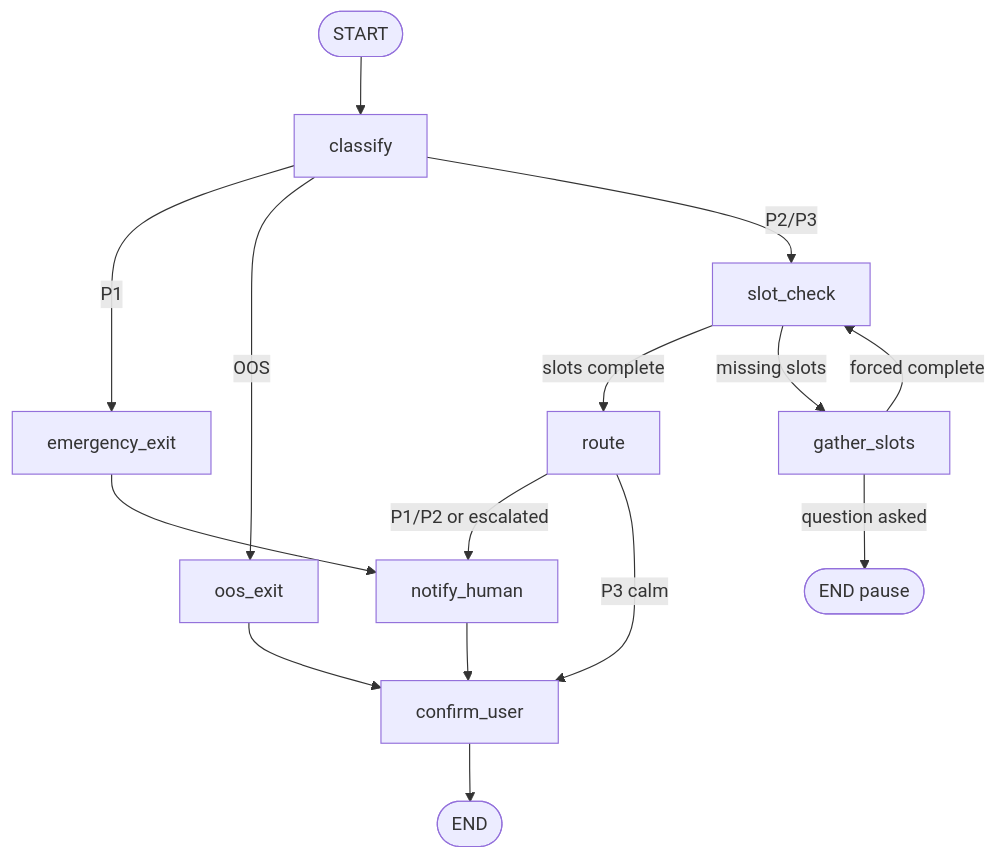
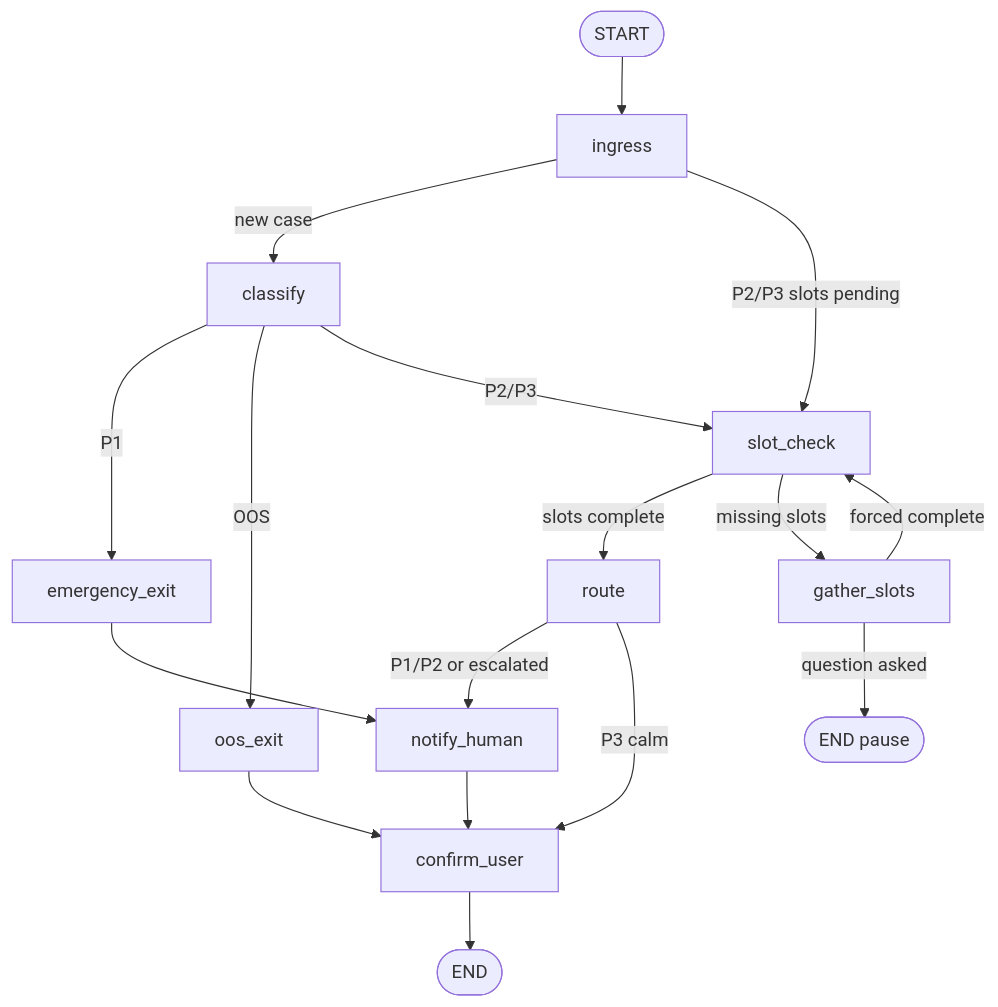
One commit to OmgItsAmmer/Sehat changed the diagram in docs/architecture/langgraph.md. Above: the diagram before and after it, drawn with Mermaid. The commit also changed other lines of this file and 18 other files, not shown here.

````diff
--- a/docs/architecture/langgraph.md
+++ b/docs/architecture/langgraph.md
@@ -25,17 +27,19 @@
 ```mermaid
 flowchart TD
-    START([START]) --> classify[classify]
+    START([START]) --> ingress[ingress]
+    ingress -->|new case| classify[classify]
+    ingress -->|P2/P3 slots pending| slot_check[slot_check]
     classify -->|P1| emergency[emergency_exit]
     classify -->|OOS| oos[oos_exit]
     classify -->|P2/P3| slot_check[slot_check]
     emergency --> notify[notify_human]
     notify --> confirm[confirm_user]
     oos --> confirm
     slot_check -->|slots complete| route[route]
     slot_check -->|missing slots| gather[gather_slots]
     gather -->|question asked| END1([END pause])
     gather -->|forced complete| slot_check
     route -->|P1/P2 or escalated| notify
     route -->|P3 calm| confirm
     confirm --> END2([END])
 ```
````
